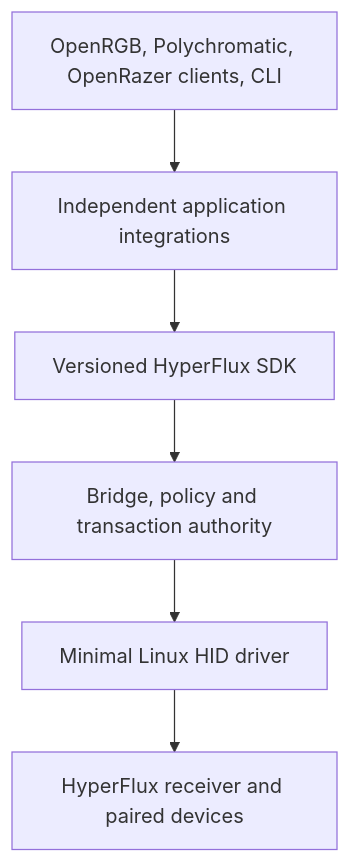
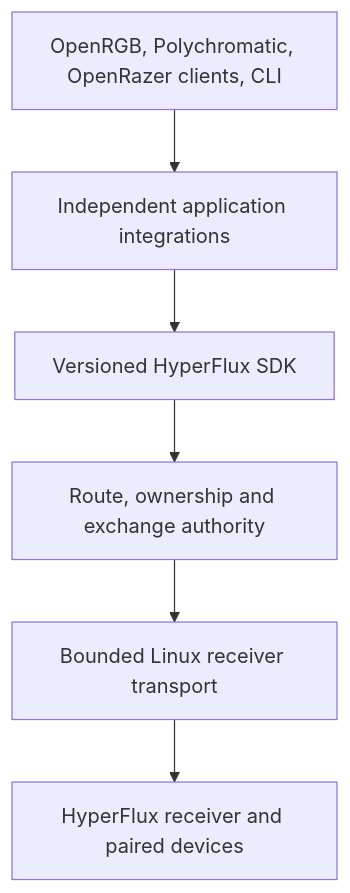
The first of 4 diagrams in docs/architecture/design-book.md (offalexjackson777-stack/hyperflux-next), drawn with Mermaid before and after one commit. The commit also changed other lines of this file and 95 other files, not shown here.

````diff
--- a/docs/architecture/design-book.md
+++ b/docs/architecture/design-book.md
@@ -14,10 +14,10 @@
 ```mermaid
 flowchart TB
     Apps["OpenRGB, Polychromatic, OpenRazer clients, CLI"]
     Integrations["Independent application integrations"]
     SDK["Versioned HyperFlux SDK"]
-    Bridge["Bridge, policy and transaction authority"]
-    Kernel["Minimal Linux HID driver"]
+    Bridge["Route, ownership and exchange authority"]
+    Kernel["Bounded Linux receiver transport"]
     Receiver["HyperFlux receiver and paired devices"]
     Apps --> Integrations --> SDK --> Bridge --> Kernel --> Receiver
 ```
````
